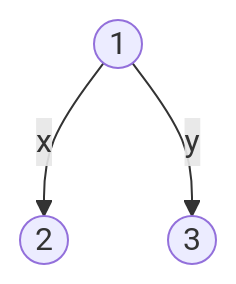
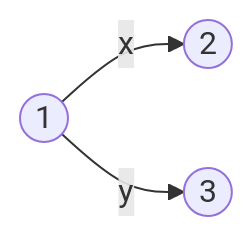
Before and after one commit to icewind2050/xdu_compiler: the first of 5 diagrams in 编译原理.md, drawn with Mermaid. The commit also changed other lines of this file, not shown here.

````diff
--- a/编译原理.md
+++ b/编译原理.md
@@ -101,9 +101,9 @@
 ```mermaid
-graph TD
+graph LR
 D1((1))
 D2((2))
 D3((3))
 
 D1-- x -->D2
 D1-- y -->D3
 ```
````
